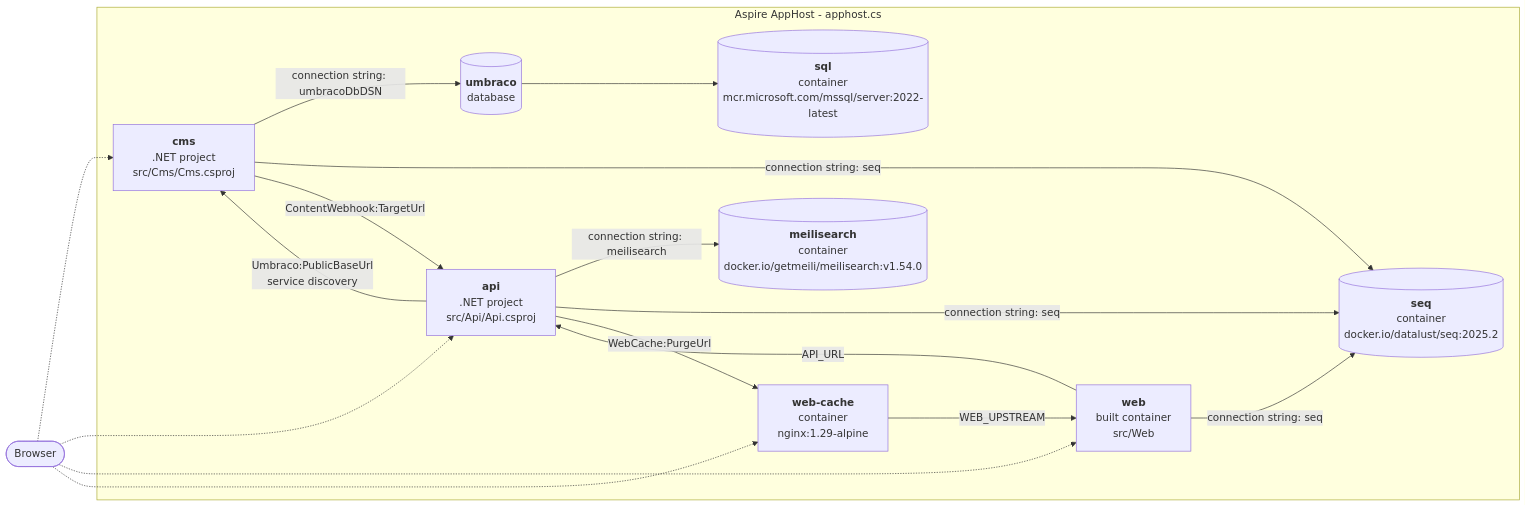
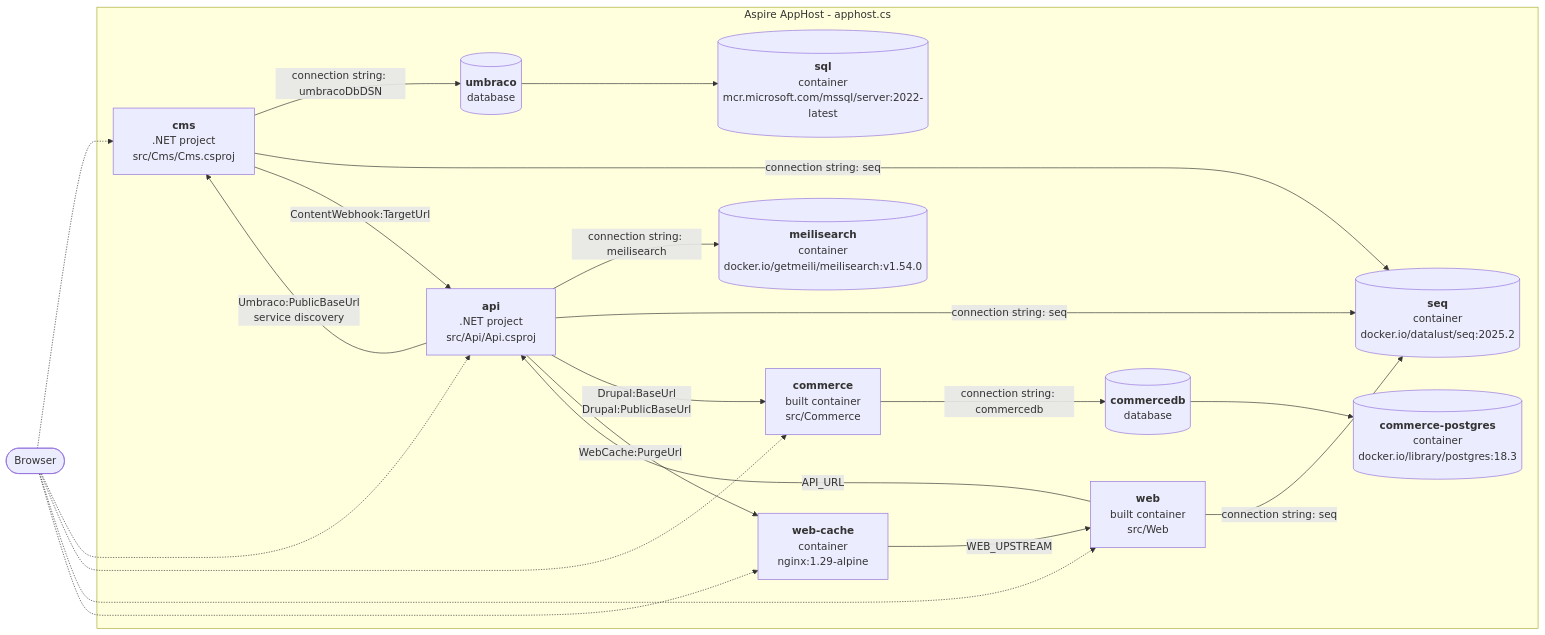
One commit to Snipon/aspire-mess-starter changed the diagram in README.md. Above: the diagram before and after it, drawn with Mermaid. The commit also changed other lines of this file and 53 other files, not shown here.

````diff
--- a/README.md
+++ b/README.md
@@ -15,31 +16,38 @@
 ```mermaid
 flowchart LR
     browser([Browser])
 
     subgraph apphost[Aspire AppHost - apphost.cs]
         sql[("<b>sql</b><br/>container<br/>mcr.microsoft.com/mssql/server:2022-latest")]
         umbraco[("<b>umbraco</b><br/>database")]
         meilisearch[("<b>meilisearch</b><br/>container<br/>docker.io/getmeili/meilisearch:v1.54.0")]
         seq[("<b>seq</b><br/>container<br/>docker.io/datalust/seq:2025.2")]
+        commerce_postgres[("<b>commerce-postgres</b><br/>container<br/>docker.io/library/postgres:18.3")]
+        commercedb[("<b>commercedb</b><br/>database")]
         cms["<b>cms</b><br/>.NET project<br/>src/Cms/Cms.csproj"]
         api["<b>api</b><br/>.NET project<br/>src/Api/Api.csproj"]
+        commerce["<b>commerce</b><br/>built container<br/>src/Commerce"]
         web["<b>web</b><br/>built container<br/>src/Web"]
         web_cache["<b>web-cache</b><br/>container<br/>nginx:1.29-alpine"]
     end
 
     browser -.-> cms
     browser -.-> api
+    browser -.-> commerce
     browser -.-> web
     browser -.-> web_cache
     umbraco --> sql
+    commercedb --> commerce_postgres
     cms -- "connection string: umbracoDbDSN" --> umbraco
     cms -- "connection string: seq" --> seq
     cms -- "ContentWebhook:TargetUrl" --> api
     api -- "Umbraco:PublicBaseUrl<br/>service discovery" --> cms
     api -- "connection string: meilisearch" --> meilisearch
     api -- "connection string: seq" --> seq
+    api -- "Drupal:BaseUrl<br/>Drupal:PublicBaseUrl" --> commerce
     api -- "WebCache:PurgeUrl" --> web_cache
+    commerce -- "connection string: commercedb" --> commercedb
     web -- "API_URL" --> api
     web -- "connection string: seq" --> seq
     web_cache -- "WEB_UPSTREAM" --> web
 ```
````
